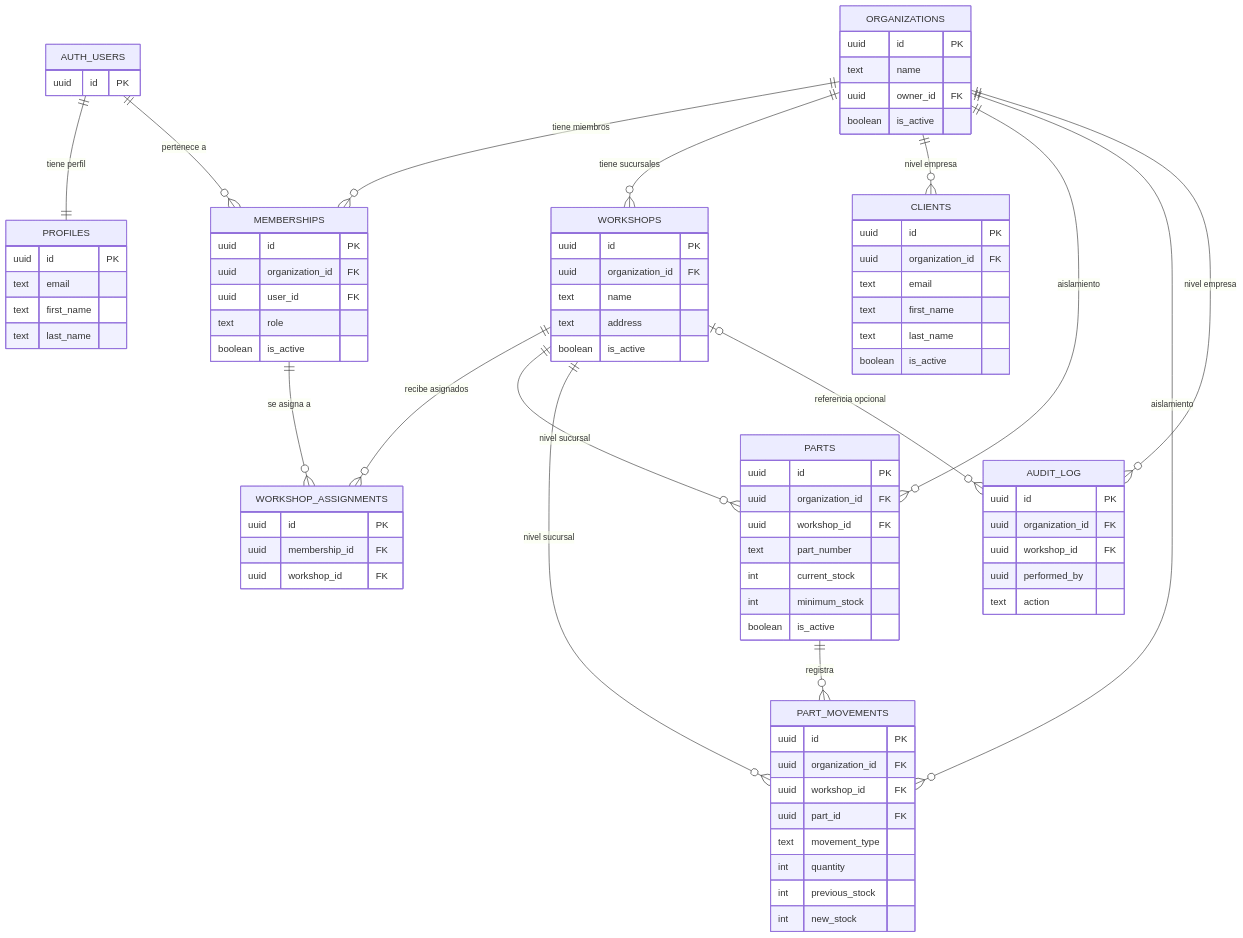
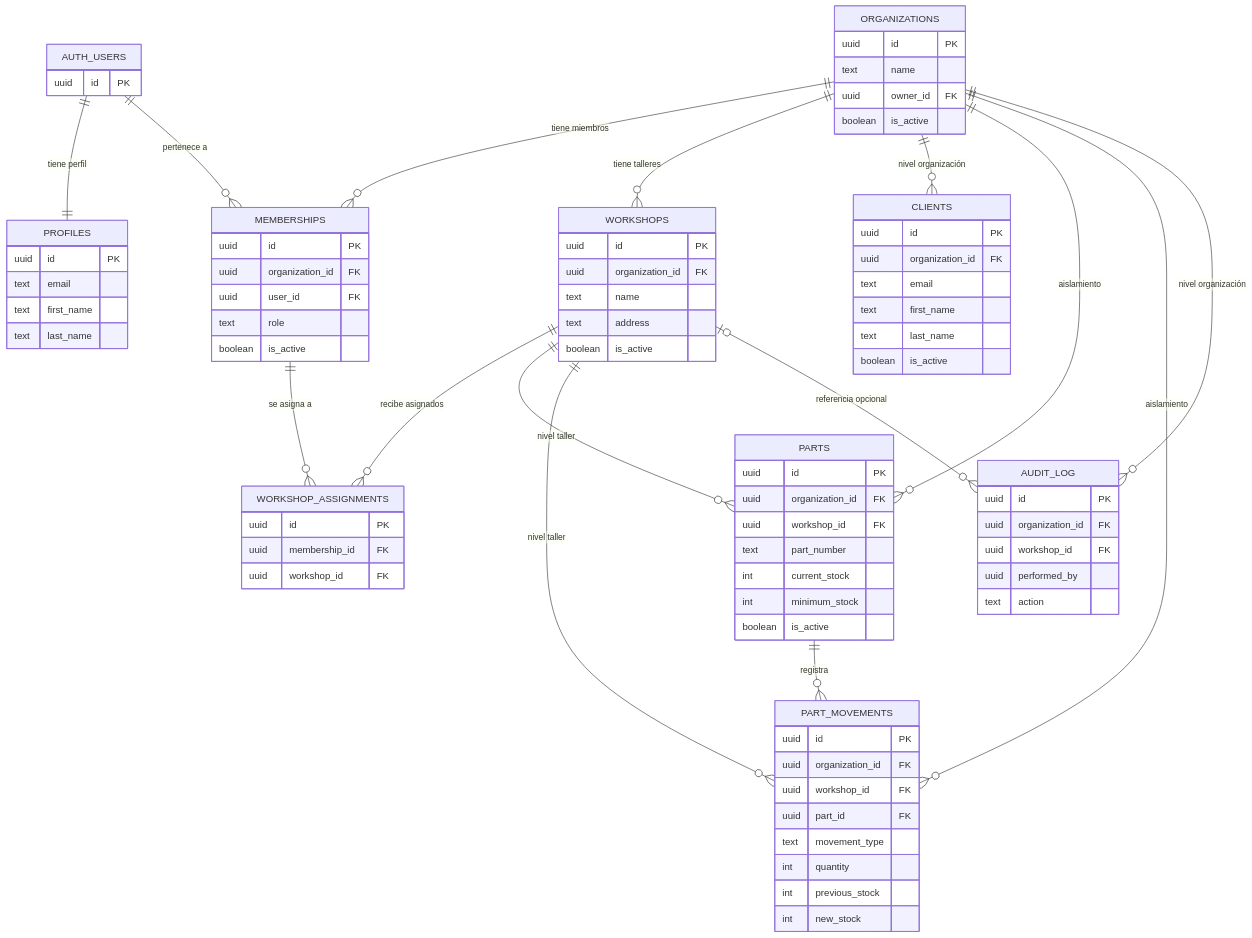
Before and after one commit to dtarqui/MotoCore: the diagram in docs/ingenieria/05-modelo-datos.md, drawn with Mermaid. The commit also changed other lines of this file and 18 other files, not shown here.

Commit message:
Refactor testing plan terminology: replace "empresa" with "organización" and "sucursal" with "taller" throughout the document to align with updated project structure and terminology. Update related test cases and descriptions for clarity and consistency.

```diff
--- a/docs/ingenieria/05-modelo-datos.md
+++ b/docs/ingenieria/05-modelo-datos.md
@@ -11,16 +11,16 @@
     AUTH_USERS ||--|| PROFILES : "tiene perfil"
     AUTH_USERS ||--o{ MEMBERSHIPS : "pertenece a"
     ORGANIZATIONS ||--o{ MEMBERSHIPS : "tiene miembros"
-    ORGANIZATIONS ||--o{ WORKSHOPS : "tiene sucursales"
+    ORGANIZATIONS ||--o{ WORKSHOPS : "tiene talleres"
     MEMBERSHIPS ||--o{ WORKSHOP_ASSIGNMENTS : "se asigna a"
     WORKSHOPS ||--o{ WORKSHOP_ASSIGNMENTS : "recibe asignados"
-    ORGANIZATIONS ||--o{ CLIENTS : "nivel empresa"
+    ORGANIZATIONS ||--o{ CLIENTS : "nivel organización"
     ORGANIZATIONS ||--o{ PARTS : "aislamiento"
-    WORKSHOPS ||--o{ PARTS : "nivel sucursal"
+    WORKSHOPS ||--o{ PARTS : "nivel taller"
     PARTS ||--o{ PART_MOVEMENTS : "registra"
     ORGANIZATIONS ||--o{ PART_MOVEMENTS : "aislamiento"
-    WORKSHOPS ||--o{ PART_MOVEMENTS : "nivel sucursal"
-    ORGANIZATIONS ||--o{ AUDIT_LOG : "nivel empresa"
+    WORKSHOPS ||--o{ PART_MOVEMENTS : "nivel taller"
+    ORGANIZATIONS ||--o{ AUDIT_LOG : "nivel organización"
     WORKSHOPS |o--o{ AUDIT_LOG : "referencia opcional"
 
     AUTH_USERS { uuid id PK }
```
